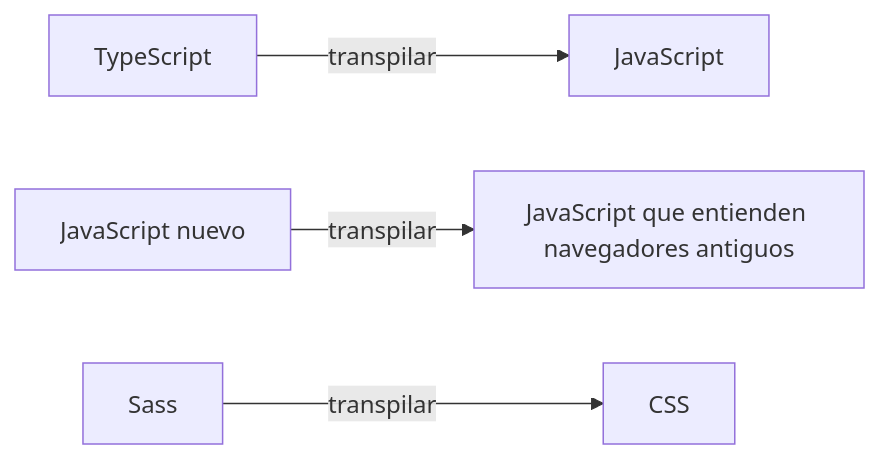
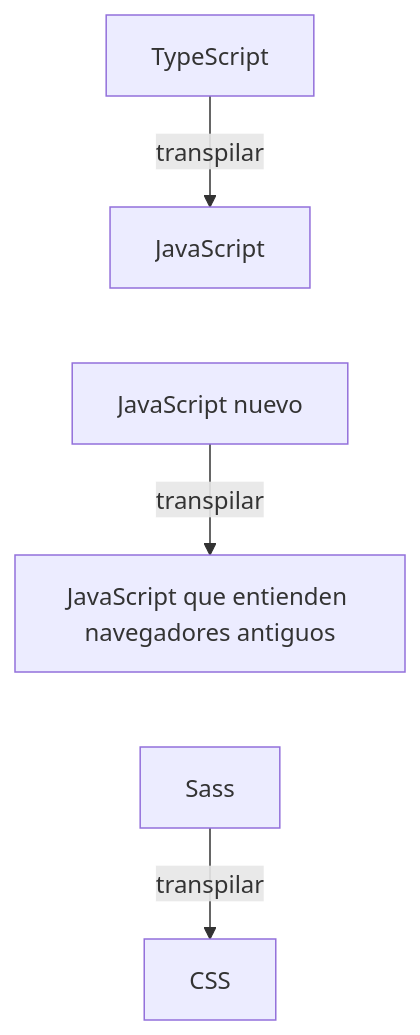
The second of 2 diagrams in src/content/es/articles/compilar-y-transpilar.mdx (nbfrodri/devly), drawn with Mermaid before and after one commit. The commit also changed other lines of this file and 10 other files, not shown here.

````diff
--- a/src/content/es/articles/compilar-y-transpilar.mdx
+++ b/src/content/es/articles/compilar-y-transpilar.mdx
@@ -39,6 +40,8 @@
 ```mermaid
-flowchart LR
+flowchart TB
 	A["TypeScript"] -- transpilar --> B["JavaScript"]
+	B ~~~ C
 	C["JavaScript nuevo"] -- transpilar --> D["JavaScript que entienden navegadores antiguos"]
+	D ~~~ E
 	E["Sass"] -- transpilar --> F["CSS"]
 ```
````
